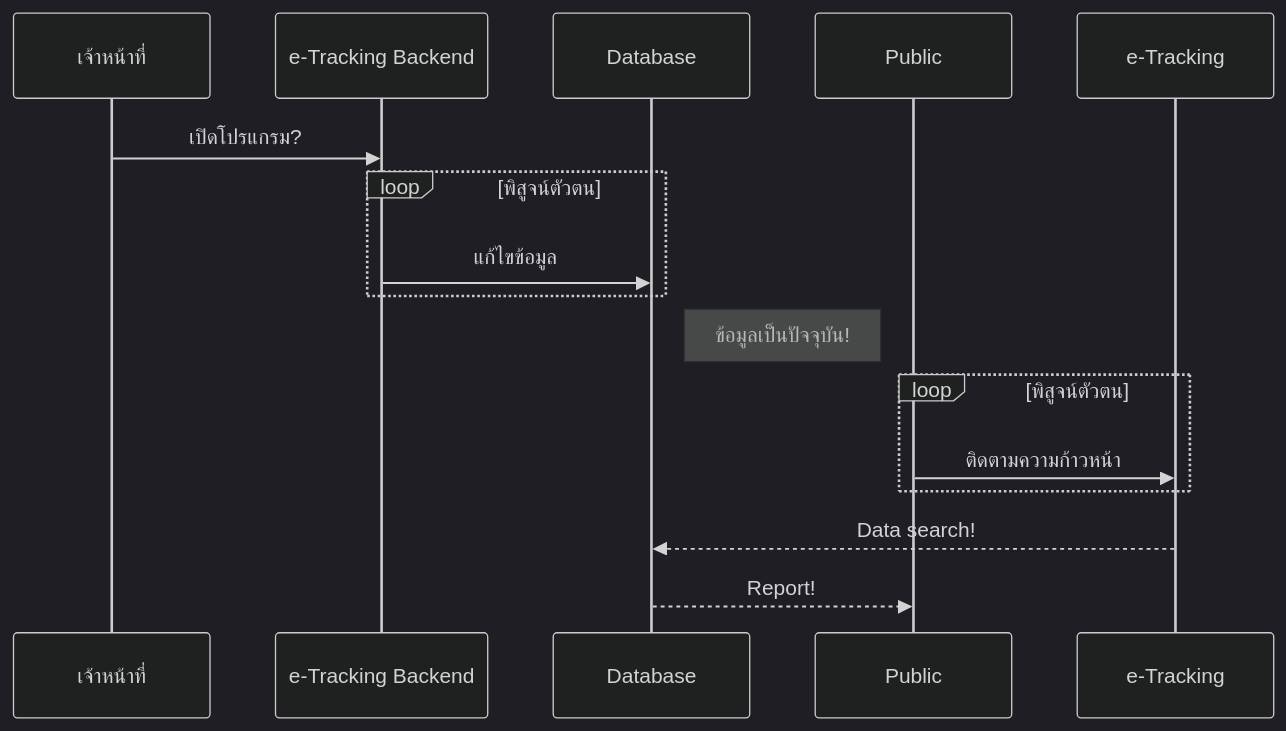
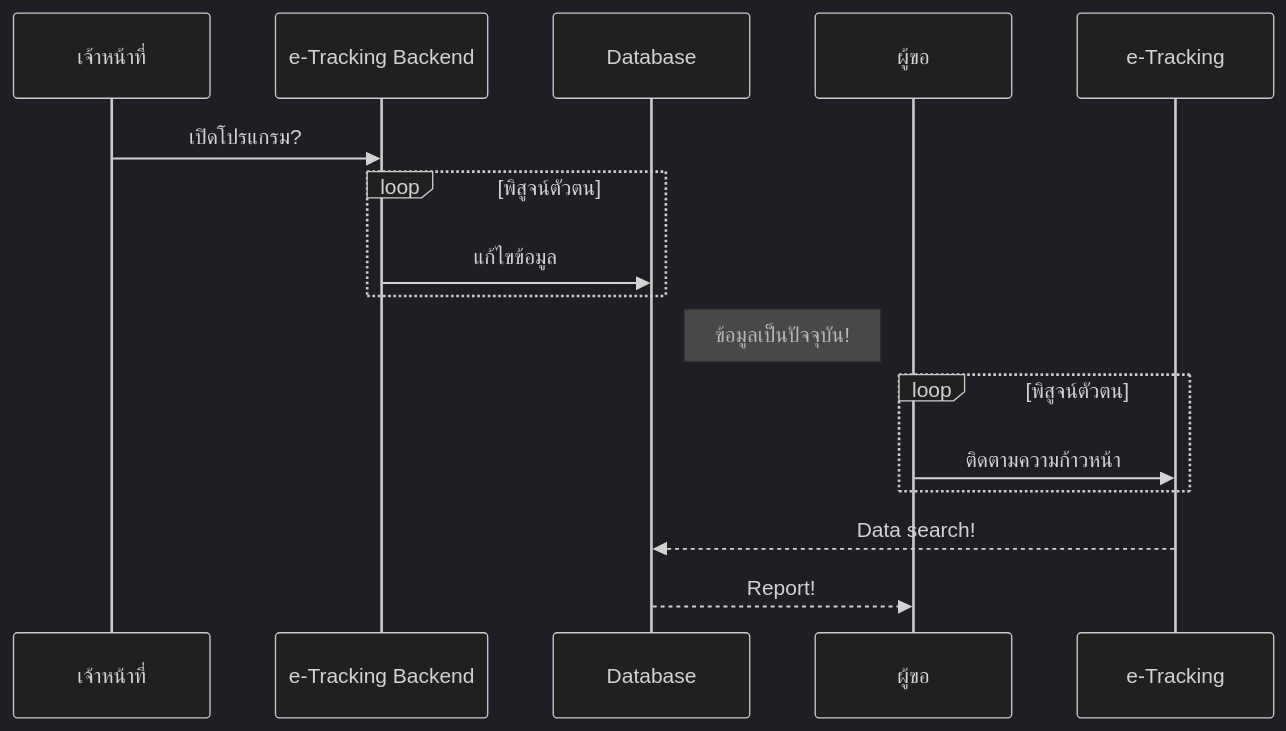
Before and after one commit to Kietpawpan/e-tracking: the second of 2 diagrams in README.md, drawn with Mermaid (dark theme).

````diff
--- a/README.md
+++ b/README.md
@@ -28,13 +28,13 @@
 ```mermaid
 sequenceDiagram
 เจ้าหน้าที่->>e-Tracking Backend: เปิดโปรแกรม?
 loop พิสูจน์ตัวตน
     e-Tracking Backend->>Database: แก้ไขข้อมูล
 end
 Note right of Database: ข้อมูลเป็นปัจจุบัน!
 loop พิสูจน์ตัวตน
-Public->>e-Tracking: ติดตามความก้าวหน้า
+ผู้ขอ->>e-Tracking: ติดตามความก้าวหน้า
 end
 e-Tracking-->>Database: Data search!
-Database-->>Public: Report!
+Database-->>ผู้ขอ: Report!
 ```
````
